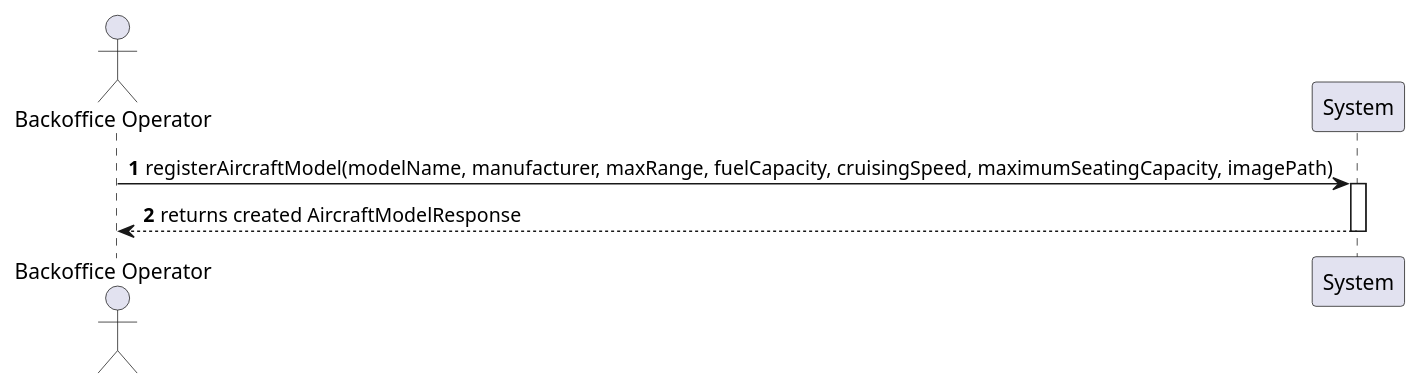
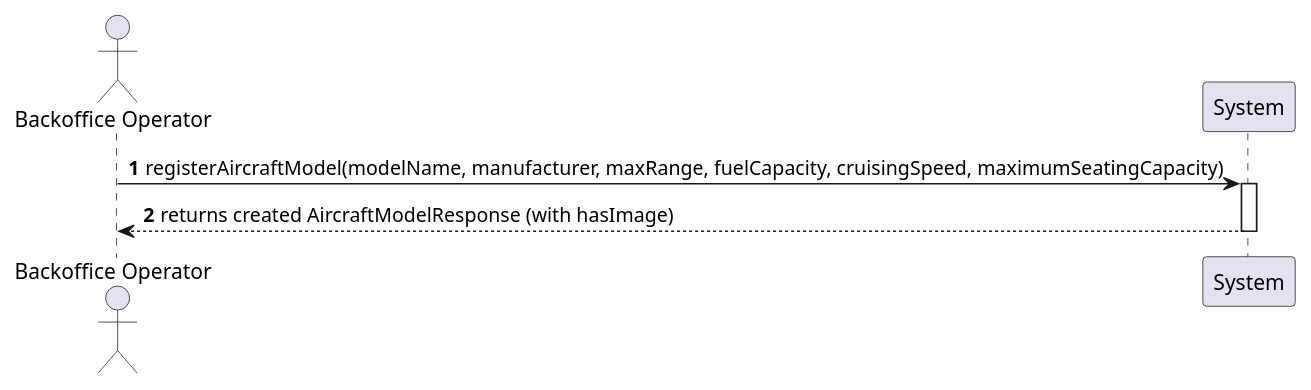
One commit to VascoMagolo/psoft_1231562_1241692_1242036_2db changed the diagram in docs/system-documentation/use-cases/WP1A/US101/puml/ssd_us101.puml. Above: the diagram before and after it, drawn with PlantUML. The commit also changed 101 other files, not shown here.

First line of the commit message:
docs: update diagrams, READMEs, and global artifacts

```diff
--- a/docs/system-documentation/use-cases/WP1A/US101/puml/ssd_us101.puml
+++ b/docs/system-documentation/use-cases/WP1A/US101/puml/ssd_us101.puml
@@ -1,9 +1,9 @@
 @startuml
 autonumber
 actor "Backoffice Operator" as Actor
 participant "System" as Sys
-Actor -> Sys : registerAircraftModel(modelName, manufacturer, maxRange, fuelCapacity, cruisingSpeed, maximumSeatingCapacity, imagePath)
+Actor -> Sys : registerAircraftModel(modelName, manufacturer, maxRange, fuelCapacity, cruisingSpeed, maximumSeatingCapacity)
 activate Sys
-Sys --> Actor : returns created AircraftModelResponse
+Sys --> Actor : returns created AircraftModelResponse (with hasImage)
 deactivate Sys
 @enduml
```
